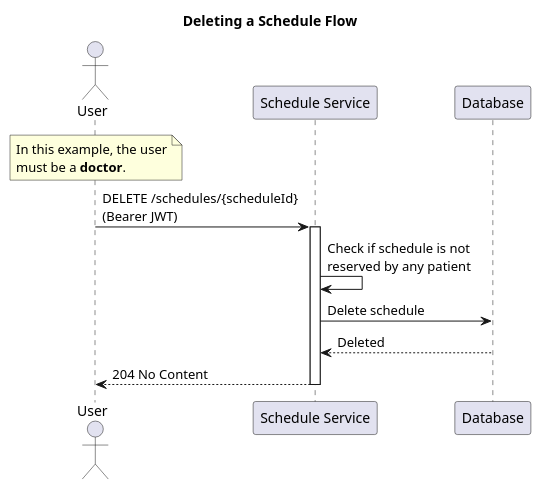
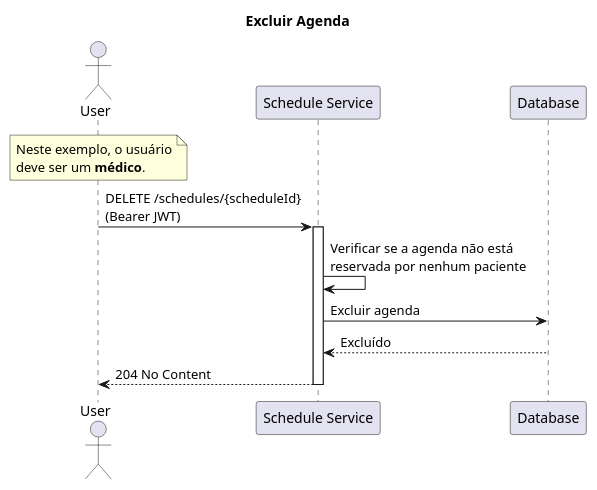
One commit to jfelipearaujo-healthmed/scheduler-service changed the diagram in docs/delete_schedule.puml. Above: the diagram before and after it, drawn with PlantUML. The commit also changed 10 other files, not shown here.

```diff
--- a/docs/delete_schedule.puml
+++ b/docs/delete_schedule.puml
@@ -1,23 +1,23 @@
 @startuml delete_schedule
 
-title Deleting a Schedule Flow
+title Excluir Agenda
 
 actor "User" as user
 participant "Schedule Service" as schedule_service
 participant "Database" as database
 
 note over user
-In this example, the user
-must be a **doctor**.
+Neste exemplo, o usuário
+deve ser um **médico**.
 end note
 
 user -> schedule_service: DELETE /schedules/{scheduleId}\n(Bearer JWT)
 
 activate schedule_service
-schedule_service -> schedule_service: Check if schedule is not\nreserved by any patient
-schedule_service -> database: Delete schedule
-database --> schedule_service: Deleted
+schedule_service -> schedule_service: Verificar se a agenda não está\nreservada por nenhum paciente
+schedule_service -> database: Excluir agenda
+database --> schedule_service: Excluído
 schedule_service --> user: 204 No Content
 deactivate schedule_service
 
 @enduml
```
